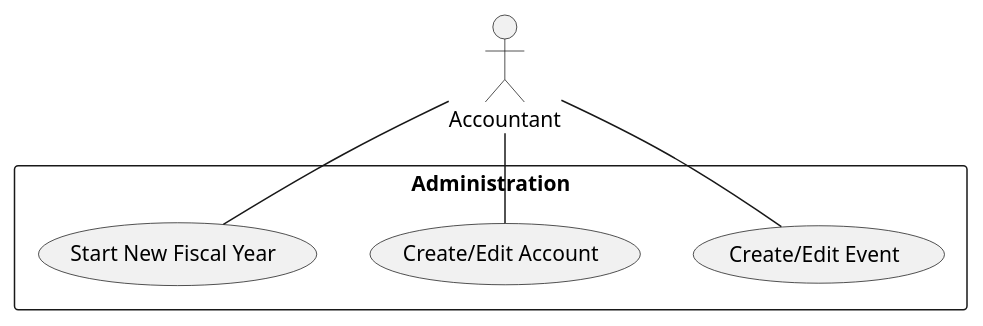
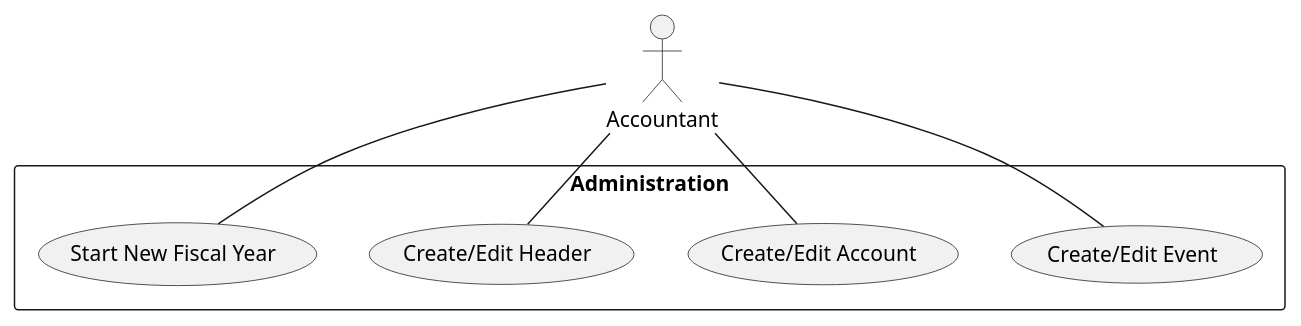
Before and after one commit to prikhi/AcornAccounting: the second of 3 diagrams in docs/source/specs/design/usecases.rst, drawn with PlantUML. The commit also changed other lines of this file and 8 other files, not shown here.

```diff
--- a/docs/source/specs/design/usecases.rst
+++ b/docs/source/specs/design/usecases.rst
@@ -65,9 +65,10 @@
 .. uml::
     :includegraphics: scale=.6
 
     :Accountant: as acc
     rectangle Administration {
         acc -- (Create/Edit Event)
         acc -- (Create/Edit Account)
+        acc -- (Create/Edit Header)
         acc -- (Start New Fiscal Year)
     }
```
